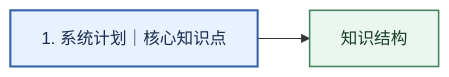
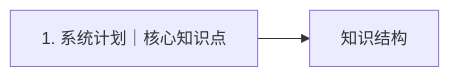
One commit to mingf423/ruankao changed the first of 43 diagrams in docs/system-architecture-designer/01_官方大纲与考试政策/02_案例分析大纲脑图.md. Above: the diagram before and after it, drawn with Mermaid. The commit also changed other lines of this file, not shown here.

Commit message:
Make case-analysis Mermaid diagrams renderer-compatible

````diff
--- a/docs/system-architecture-designer/01_官方大纲与考试政策/02_案例分析大纲脑图.md
+++ b/docs/system-architecture-designer/01_官方大纲与考试政策/02_案例分析大纲脑图.md
@@ -30,11 +30,6 @@
 ```mermaid
 flowchart LR
   R["1. 系统计划｜核心知识点"]
-  classDef root fill:#e8f1ff,stroke:#3563a8,color:#172b4d,stroke-width:2px;
-  classDef group fill:#eaf6ef,stroke:#43845b,color:#173d27,stroke-width:1.5px;
-  classDef item fill:#fff5df,stroke:#b7832f,color:#49330d,stroke-width:1px;
-  class R root;
   N1["知识结构"]
   R --> N1
-  class N1 group;
 ```
````
